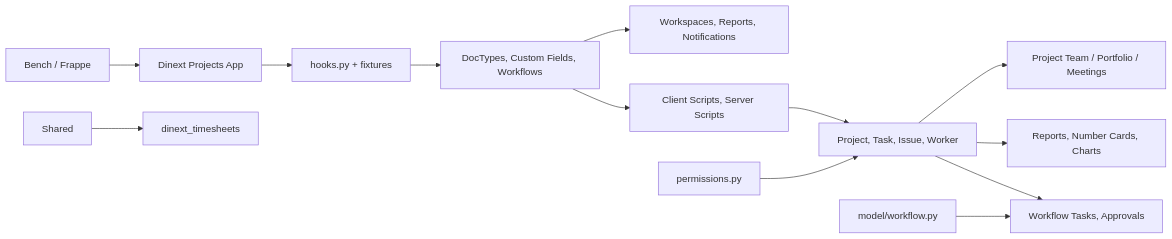
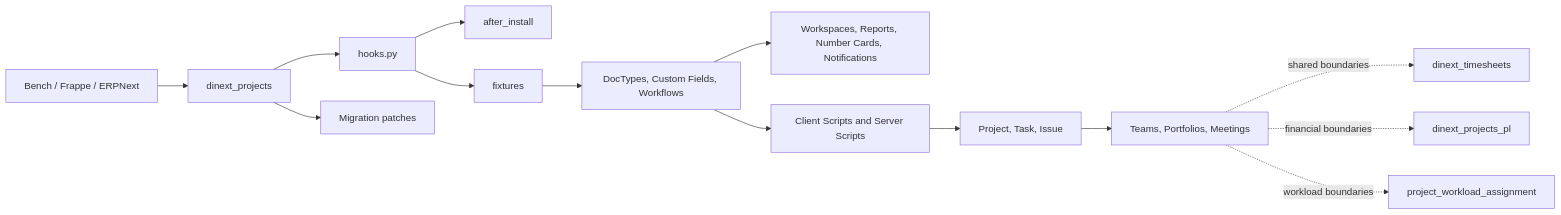
The diagram in README.md (Dinext-pro/dinext-projects), drawn with Mermaid before and after one commit. The commit also changed other lines of this file, not shown here.

First line of the commit message:
docs: update README.md to enhance project overview and structure

````diff
--- a/README.md
+++ b/README.md
@@ -295,15 +307,16 @@
 ```mermaid
 flowchart LR
-  Bench[Bench / Frappe] --> App[Dinext Projects App]
-  App --> Hooks[hooks.py + fixtures]
-  Hooks --> Meta[DocTypes, Custom Fields, Workflows]
-  Meta --> Desk[Workspaces, Reports, Notifications]
-  Meta --> Automation[Client Scripts, Server Scripts]
-  Automation --> CoreDocs[Project, Task, Issue, Worker]
-  CoreDocs --> PM[Project Team / Portfolio / Meetings]
-  Shared --> TimesheetsApp[dinext_timesheets]
-  CoreDocs --> Analytics[Reports, Number Cards, Charts]
-  CoreDocs --> Approval[Workflow Tasks, Approvals]
-  permissions[permissions.py] --> CoreDocs
-  workflow_model[model/workflow.py] --> Approval
+  Bench[Bench / Frappe / ERPNext] --> App[dinext_projects]
+  App --> Hooks[hooks.py]
+  Hooks --> Install[after_install]
+  Hooks --> Fixtures[fixtures]
+  Fixtures --> Metadata[DocTypes, Custom Fields, Workflows]
+  Metadata --> Desk[Workspaces, Reports, Number Cards, Notifications]
+  Metadata --> Automation[Client Scripts and Server Scripts]
+  Automation --> Core[Project, Task, Issue]
+  Core --> PM[Teams, Portfolios, Meetings]
+  App --> Patches[Migration patches]
+  PM -. shared boundaries .-> Timesheets[dinext_timesheets]
+  PM -. financial boundaries .-> Finance[dinext_projects_pl]
+  PM -. workload boundaries .-> Workload[project_workload_assignment]
 ```
````
